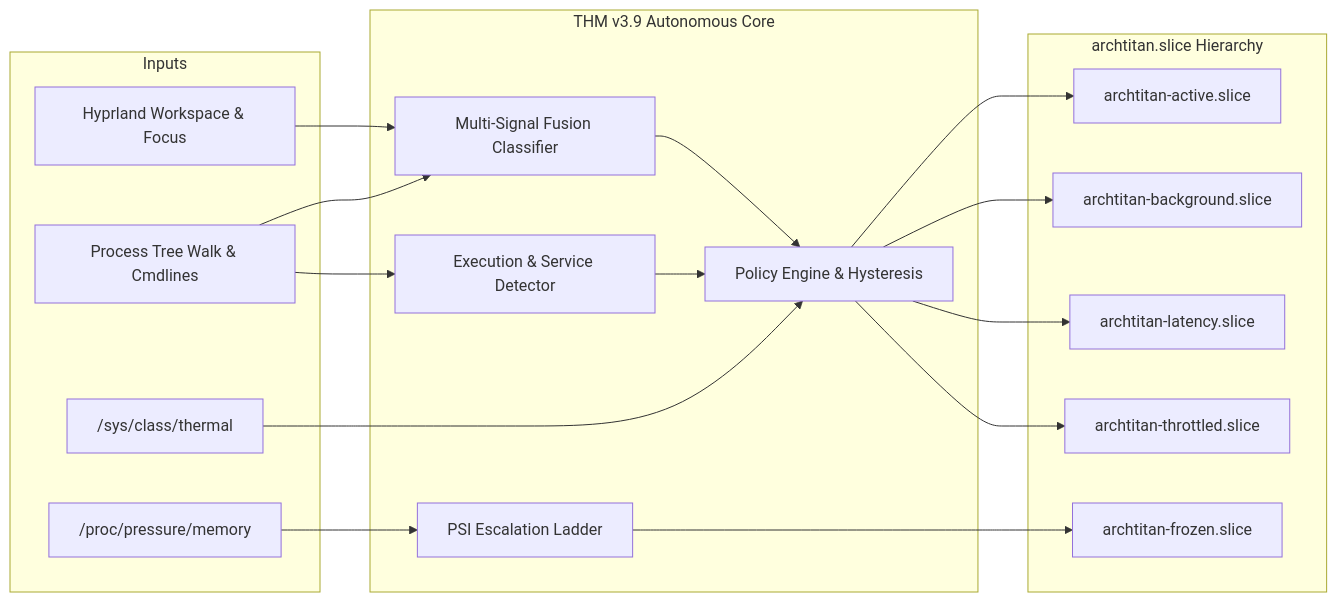
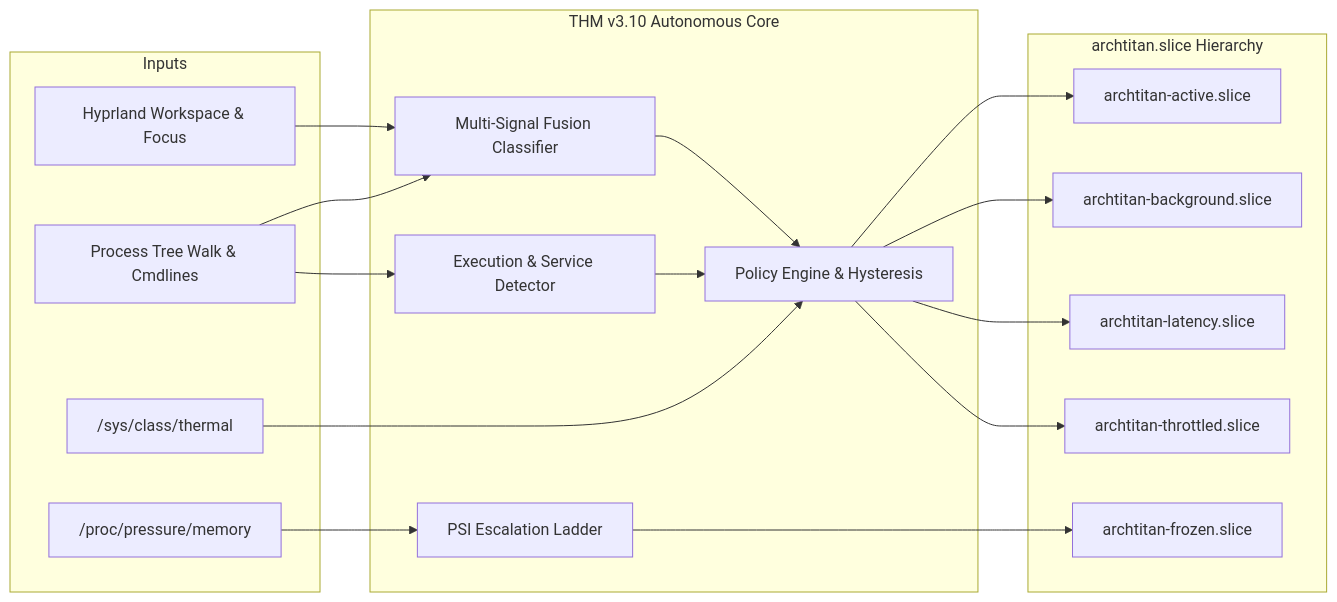
The third of 4 diagrams in wiki/Architecture.md (GitGuru29/ArchTitan-OS), drawn with Mermaid before and after one commit. The commit also changed other lines of this file and 17 other files, not shown here.

Commit message:
feat(thm-v3.10): add workload dependency graph

````diff
--- a/wiki/Architecture.md
+++ b/wiki/Architecture.md
@@ -105,37 +105,37 @@
 ```mermaid
 flowchart LR
     subgraph Inputs
         WS[Hyprland Workspace & Focus]
         PROC[Process Tree Walk & Cmdlines]
         PSI["/proc/pressure/memory"]
         TH["/sys/class/thermal"]
     end
 
-    subgraph THM["THM v3.9 Autonomous Core"]
+    subgraph THM["THM v3.10 Autonomous Core"]
         CLS[Multi-Signal Fusion Classifier]
         DET[Execution & Service Detector]
         POL[Policy Engine & Hysteresis]
         ESC[PSI Escalation Ladder]
     end
 
     subgraph Slices["archtitan.slice Hierarchy"]
         ACT[archtitan-active.slice]
         BG[archtitan-background.slice]
         LAT[archtitan-latency.slice]
         THR[archtitan-throttled.slice]
         FRZ[archtitan-frozen.slice]
     end
 
     WS --> CLS
     PROC --> CLS
     PROC --> DET
     CLS --> POL
     DET --> POL
     PSI --> ESC
     POL --> ACT
     POL --> LAT
     POL --> BG
     POL --> THR
     ESC --> FRZ
     TH --> POL
 ```
````
